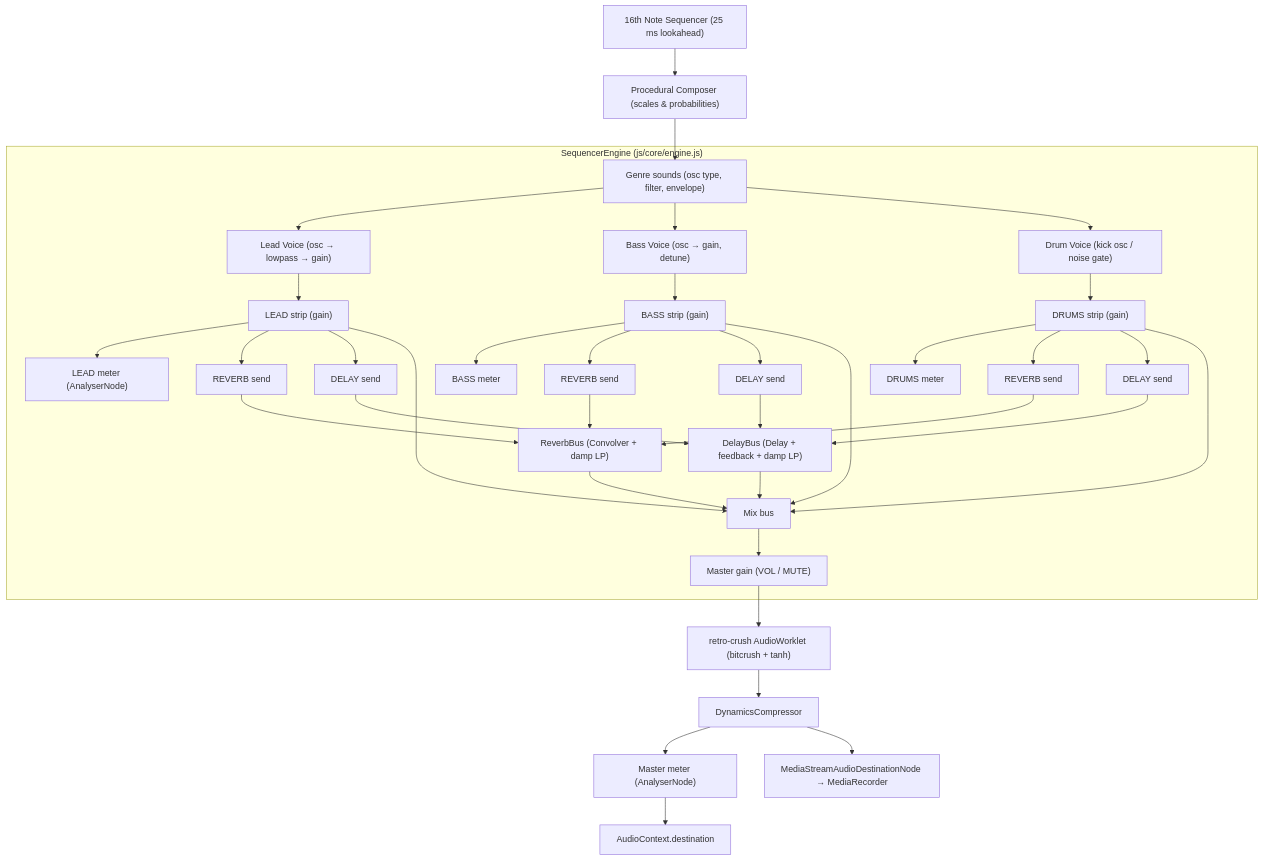
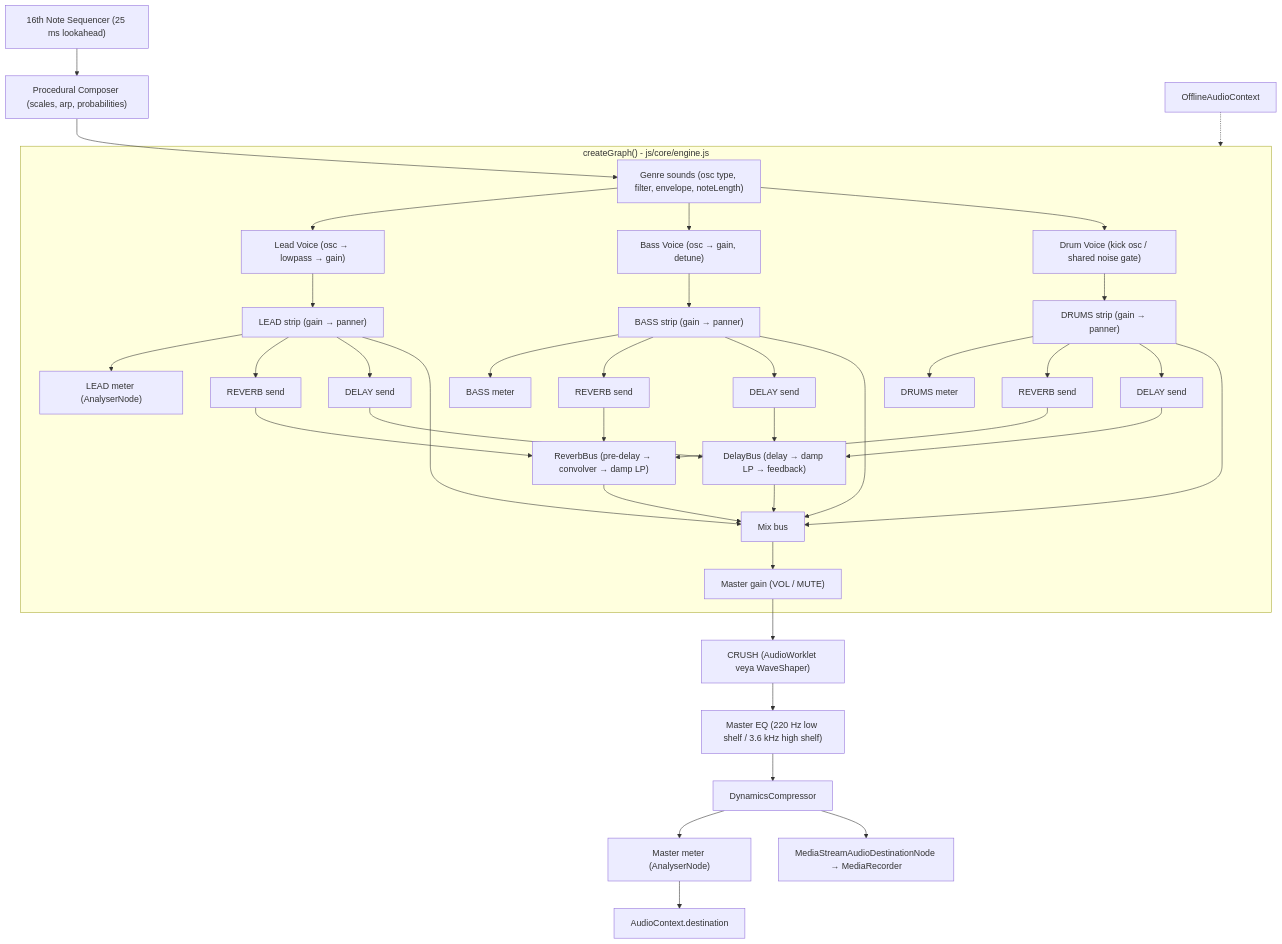
Before and after one commit to halilogia/Retro-32-Bit-Soundtrack: the diagram in ARCHITECTURE.md, drawn with Mermaid. The commit also changed other lines of this file and 34 other files, not shown here.

First line of the commit message:
feat: v2.1.0 song settings, pan/EQ/pre-delay, WAV export, themes and sharing

````diff
--- a/ARCHITECTURE.md
+++ b/ARCHITECTURE.md
@@ -20,46 +22,49 @@
 ```mermaid
 flowchart TD
-    Clock["16th Note Sequencer (25 ms lookahead)"] --> Composer["Procedural Composer (scales & probabilities)"]
-    Composer --> Genre["Genre sounds (osc type, filter, envelope)"]
+    Clock["16th Note Sequencer (25 ms lookahead)"] --> Composer["Procedural Composer (scales, arp, probabilities)"]
+    Composer --> Genre["Genre sounds (osc type, filter, envelope, noteLength)"]
 
-    subgraph Engine["SequencerEngine (js/core/engine.js)"]
+    subgraph Engine["createGraph() - js/core/engine.js"]
         Genre --> Lead["Lead Voice (osc → lowpass → gain)"]
         Genre --> Bass["Bass Voice (osc → gain, detune)"]
-        Genre --> Drums["Drum Voice (kick osc / noise gate)"]
-        Lead --> LeadStrip["LEAD strip (gain)"]
-        Bass --> BassStrip["BASS strip (gain)"]
-        Drums --> DrumsStrip["DRUMS strip (gain)"]
+        Genre --> Drums["Drum Voice (kick osc / shared noise gate)"]
+        Lead --> LeadStrip["LEAD strip (gain → panner)"]
+        Bass --> BassStrip["BASS strip (gain → panner)"]
+        Drums --> DrumsStrip["DRUMS strip (gain → panner)"]
 
         LeadStrip --> LeadMeter["LEAD meter (AnalyserNode)"]
         BassStrip --> BassMeter["BASS meter"]
         DrumsStrip --> DrumsMeter["DRUMS meter"]
 
         LeadStrip --> LeadRev["REVERB send"]
         LeadStrip --> LeadDly["DELAY send"]
         BassStrip --> BassRev["REVERB send"]
         BassStrip --> BassDly["DELAY send"]
         DrumsStrip --> DrumsRev["REVERB send"]
         DrumsStrip --> DrumsDly["DELAY send"]
 
-        LeadRev --> Reverb["ReverbBus (Convolver + damp LP)"]
-        LeadDly --> Delay["DelayBus (Delay + feedback + damp LP)"]
+        LeadRev --> Reverb["ReverbBus (pre-delay → convolver → damp LP)"]
+        LeadDly --> Delay["DelayBus (delay → damp LP → feedback)"]
         BassRev --> Reverb
         BassDly --> Delay
         DrumsRev --> Reverb
         DrumsDly --> Delay
 
         LeadStrip --> Mix["Mix bus"]
         BassStrip --> Mix
         DrumsStrip --> Mix
         Reverb --> Mix
         Delay --> Mix
 
         Mix --> Master["Master gain (VOL / MUTE)"]
     end
 
-    Master --> Crush["retro-crush AudioWorklet (bitcrush + tanh)"]
-    Crush --> Comp["DynamicsCompressor"]
+    Master --> Crush["CRUSH (AudioWorklet veya WaveShaper)"]
+    Crush --> EQ["Master EQ (220 Hz low shelf / 3.6 kHz high shelf)"]
+    EQ --> Comp["DynamicsCompressor"]
     Comp --> MasterMeter["Master meter (AnalyserNode)"]
     MasterMeter --> Speakers["AudioContext.destination"]
     Comp --> Recorder["MediaStreamAudioDestinationNode → MediaRecorder"]
+
+    Speaker2["OfflineAudioContext"] -.-> Engine
 ```
````
